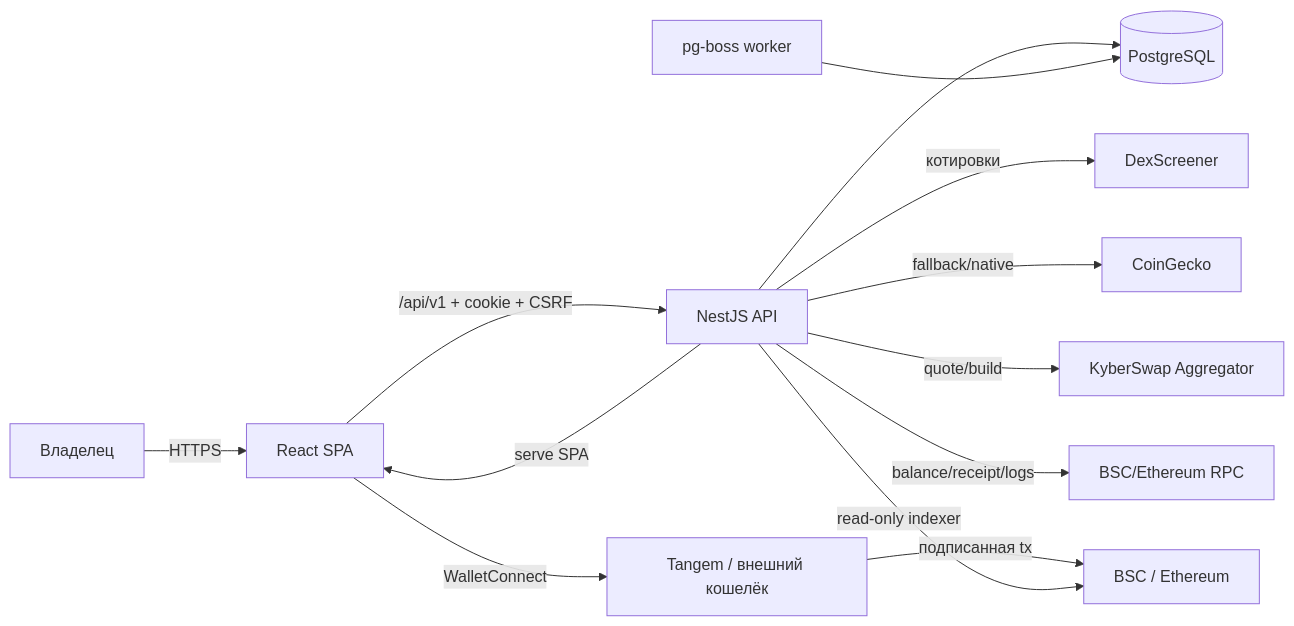
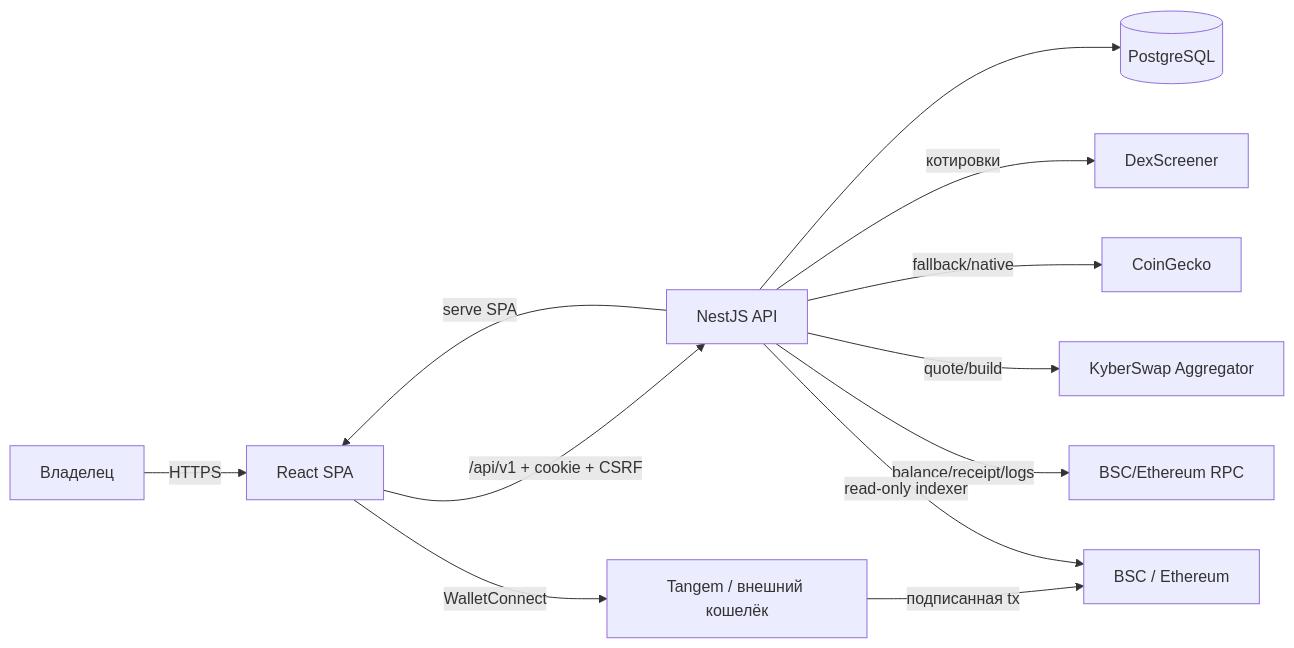
One commit to jankowski-dev/Nexter.App changed the first of 8 diagrams in docs/project/architecture.md. Above: the diagram before and after it, drawn with Mermaid. The commit also changed other lines of this file and 11 other files, not shown here.

````diff
--- a/docs/project/architecture.md
+++ b/docs/project/architecture.md
@@ -5,15 +5,14 @@
 ```mermaid
 flowchart LR
   Owner[Владелец] -->|HTTPS| SPA[React SPA]
   SPA -->|/api/v1 + cookie + CSRF| API[NestJS API]
   API --> DB[(PostgreSQL)]
   API -->|котировки| DEX[DexScreener]
   API -->|fallback/native| CG[CoinGecko]
   API -->|quote/build| KYBER[KyberSwap Aggregator]
   API -->|balance/receipt/logs| RPC[BSC/Ethereum RPC]
-  Worker[pg-boss worker] --> DB
   SPA -->|WalletConnect| Wallet[Tangem / внешний кошелёк]
   Wallet -->|подписанная tx| Chain[BSC / Ethereum]
   API -->|read-only indexer| Chain
   API -->|serve SPA| SPA
 ```
````
